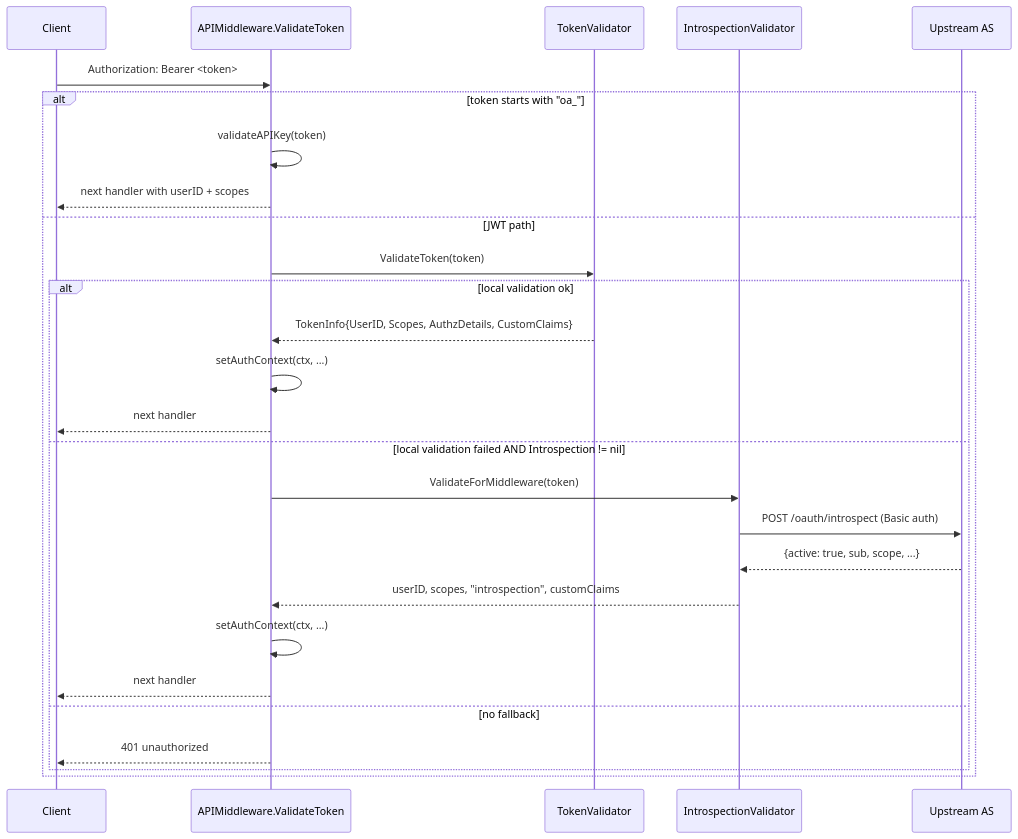
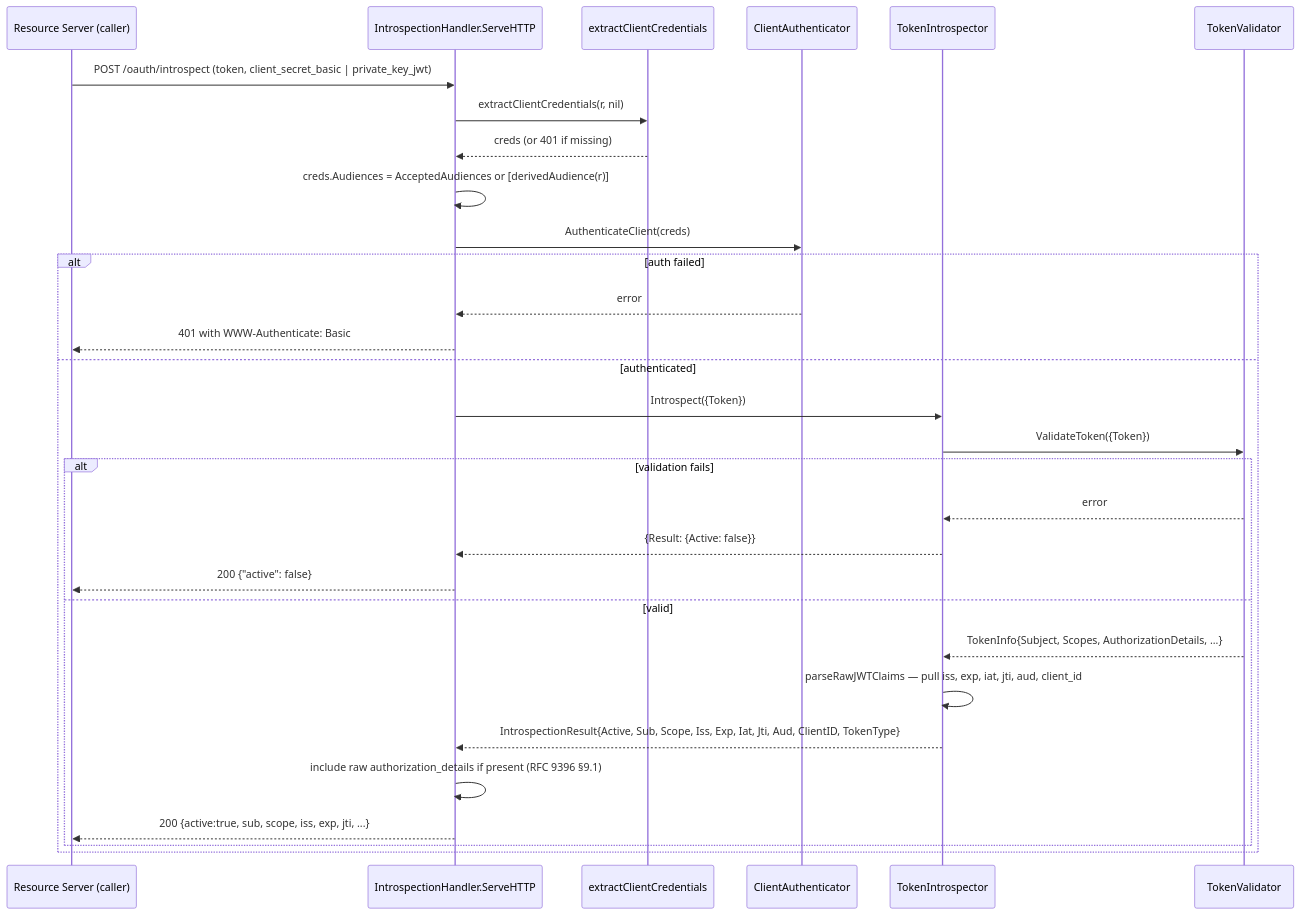
The fourth of 5 diagrams in apiauth/DESIGN.md (panyam/oneauth), drawn with Mermaid before and after one commit. The commit also changed other lines of this file and 38 other files, not shown here.

````diff
--- a/apiauth/DESIGN.md
+++ b/apiauth/DESIGN.md
@@ -177,30 +183,32 @@
 ```mermaid
 sequenceDiagram
-    participant Client
-    participant Mw as APIMiddleware.ValidateToken
+    participant RS as Resource Server (caller)
+    participant H as IntrospectionHandler.ServeHTTP
+    participant E as extractClientCredentials
+    participant A as ClientAuthenticator
+    participant Ti as TokenIntrospector
     participant V as TokenValidator
-    participant IV as IntrospectionValidator
-    participant AS as Upstream AS
-
-    Client->>Mw: Authorization: Bearer <token>
-    alt token starts with "oa_"
-        Mw->>Mw: validateAPIKey(token)
-        Mw-->>Client: next handler with userID + scopes
-    else JWT path
-        Mw->>V: ValidateToken(token)
-        alt local validation ok
-            V-->>Mw: TokenInfo{UserID, Scopes, AuthzDetails, CustomClaims}
-            Mw->>Mw: setAuthContext(ctx, ...)
-            Mw-->>Client: next handler
-        else local validation failed AND Introspection != nil
-            Mw->>IV: ValidateForMiddleware(token)
-            IV->>AS: POST /oauth/introspect (Basic auth)
-            AS-->>IV: {active: true, sub, scope, ...}
-            IV-->>Mw: userID, scopes, "introspection", customClaims
-            Mw->>Mw: setAuthContext(ctx, ...)
-            Mw-->>Client: next handler
-        else no fallback
-            Mw-->>Client: 401 unauthorized
+    RS->>H: POST /oauth/introspect (token, client_secret_basic | private_key_jwt)
+    H->>E: extractClientCredentials(r, nil)
+    E-->>H: creds (or 401 if missing)
+    H->>H: creds.Audiences = AcceptedAudiences or [derivedAudience(r)]
+    H->>A: AuthenticateClient(creds)
+    alt auth failed
+        A-->>H: error
+        H-->>RS: 401 with WWW-Authenticate: Basic
+    else authenticated
+        H->>Ti: Introspect({Token})
+        Ti->>V: ValidateToken({Token})
+        alt validation fails
+            V-->>Ti: error
+            Ti-->>H: {Result: {Active: false}}
+            H-->>RS: 200 {"active": false}
+        else valid
+            V-->>Ti: TokenInfo{Subject, Scopes, AuthorizationDetails, ...}
+            Ti->>Ti: parseRawJWTClaims — pull iss, exp, iat, jti, aud, client_id
+            Ti-->>H: IntrospectionResult{Active, Sub, Scope, Iss, Exp, Iat, Jti, Aud, ClientID, TokenType}
+            H->>H: include raw authorization_details if present (RFC 9396 §9.1)
+            H-->>RS: 200 {active:true, sub, scope, iss, exp, jti, ...}
         end
     end
 ```
````
